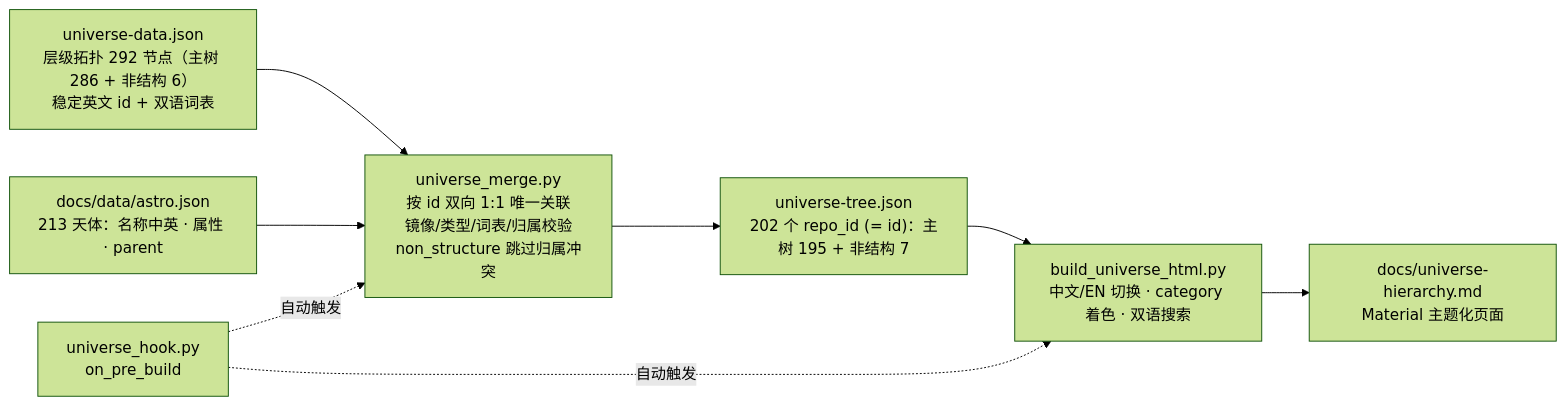
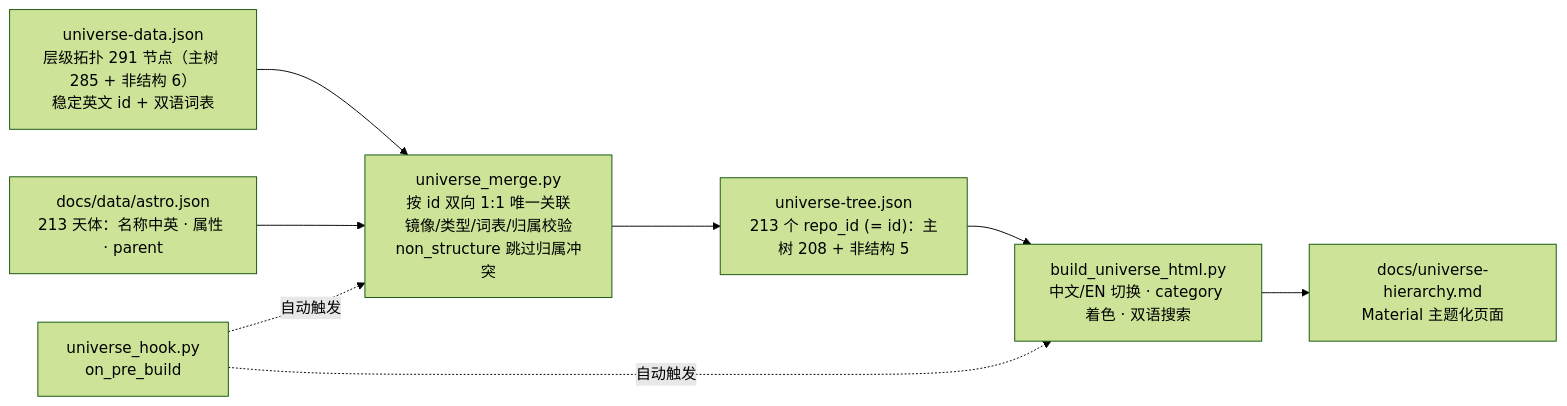
The sixth of 9 diagrams in 维护指南.md (yufengwolf/astro-blog), drawn with Mermaid (forest theme) before and after one commit. The commit also changed other lines of this file and 5 other files, not shown here.

````diff
--- a/维护指南.md
+++ b/维护指南.md
@@ -569,10 +569,10 @@
 ```mermaid
 flowchart LR
-    UD["universe-data.json<br/>层级拓扑 292 节点（主树 286 + 非结构 6）<br/>稳定英文 id + 双语词表"] --> M["universe_merge.py<br/>按 id 双向 1:1 唯一关联<br/>镜像/类型/词表/归属校验<br/>non_structure 跳过归属冲突"]
+    UD["universe-data.json<br/>层级拓扑 291 节点（主树 285 + 非结构 6）<br/>稳定英文 id + 双语词表"] --> M["universe_merge.py<br/>按 id 双向 1:1 唯一关联<br/>镜像/类型/词表/归属校验<br/>non_structure 跳过归属冲突"]
     AS["docs/data/astro.json<br/>213 天体：名称中英 · 属性 · parent"] --> M
-    M --> UT["universe-tree.json<br/>202 个 repo_id (= id)：主树 195 + 非结构 7"]
+    M --> UT["universe-tree.json<br/>213 个 repo_id (= id)：主树 208 + 非结构 5"]
     UT --> B["build_universe_html.py<br/>中文/EN 切换 · category 着色 · 双语搜索"]
     B --> PG["docs/universe-hierarchy.md<br/>Material 主题化页面"]
     H["universe_hook.py<br/>on_pre_build"] -. 自动触发 .-> M
     H -. 自动触发 .-> B
 ```
````
